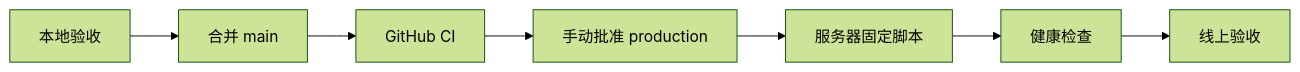
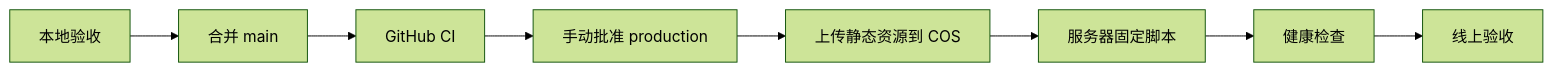
Before and after one commit to SuperKingC/Pet10: the diagram in docs/features/deployment.md, drawn with Mermaid (forest theme). The commit also changed other lines of this file and 21 other files, not shown here.

````diff
--- a/docs/features/deployment.md
+++ b/docs/features/deployment.md
@@ -15,9 +15,10 @@
 ```mermaid
 flowchart LR
   A["本地验收"] --> B["合并 main"]
   B --> C["GitHub CI"]
   C --> D["手动批准 production"]
-  D --> E["服务器固定脚本"]
-  E --> F["健康检查"]
-  F --> G["线上验收"]
+  D --> E["上传静态资源到 COS"]
+  E --> F["服务器固定脚本"]
+  F --> G["健康检查"]
+  G --> H["线上验收"]
 ```
````
